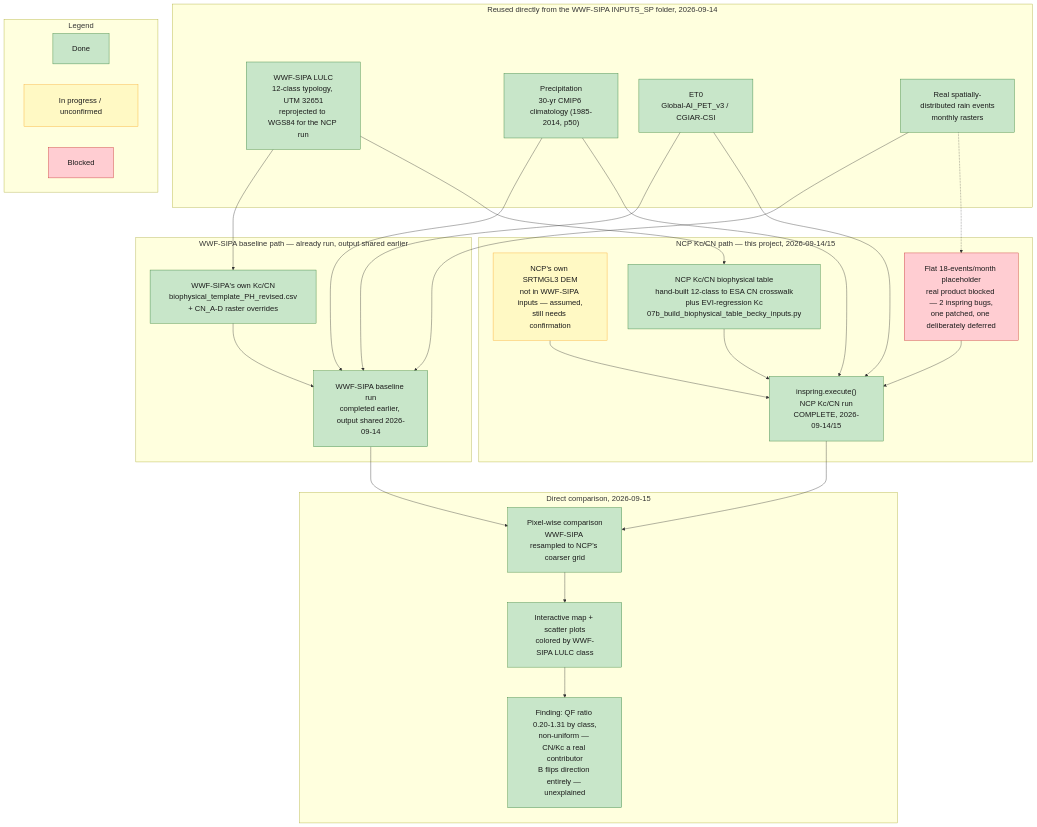
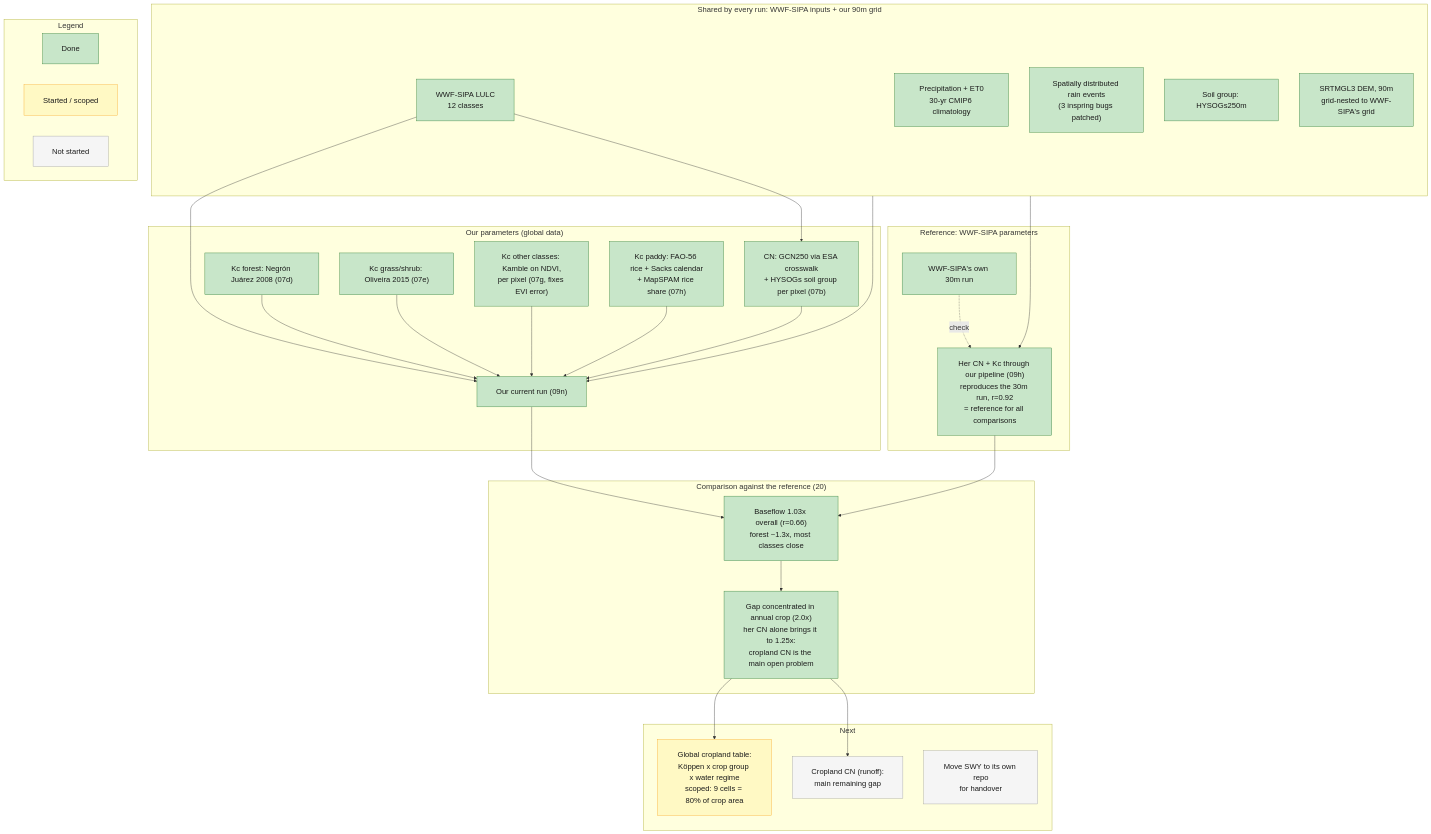
One commit to springinnovate/global_NCP changed the diagram in docs/swy/workflow_philippines_diagram.qmd. Above: the diagram before and after it, drawn with Mermaid. The commit also changed other lines of this file and 62 other files, not shown here.

First line of the commit message:
SWY Philippines: per-pixel Kc, CN/Kc comparison against a 90m reference, global cropland scoping

````diff
--- a/docs/swy/workflow_philippines_diagram.qmd
+++ b/docs/swy/workflow_philippines_diagram.qmd
@@ -23,58 +19,66 @@
 ```{mermaid}
 %%| label: fig-workflow-philippines
-%%| fig-cap: "Philippines Kc/CN comparison: WWF-SIPA baseline vs. NCP Kc/CN run, both paths side by side."
+%%| fig-cap: "Philippines Kc/CN comparison, status 2026-09-25: shared inputs, the reference run, our parameter chain, the result, and next steps."
 %%| fig-width: 13
 %%{init: {'themeVariables': {'fontSize': '20px'}, 'flowchart': {'rankSpacing': 80, 'nodeSpacing': 55, 'padding': 25}}}%%
 flowchart TD
-    subgraph SHARED["Reused directly from the WWF-SIPA INPUTS_SP folder, 2026-09-14"]
-        LULC["WWF-SIPA LULC<br/>12-class typology, UTM 32651<br/>reprojected to WGS84 for the NCP run"]:::done
-        PRECIP["Precipitation<br/>30-yr CMIP6 climatology (1985-2014, p50)"]:::done
-        ET0["ET0<br/>Global-AI_PET_v3 / CGIAR-CSI"]:::done
-        RAINEV["Real spatially-distributed rain events<br/>monthly rasters"]:::done
+    subgraph SHARED["Shared by every run: WWF-SIPA inputs + our 90m grid"]
+        LULC["WWF-SIPA LULC<br/>12 classes"]:::done
+        CLIM["Precipitation + ET0<br/>30-yr CMIP6 climatology"]:::done
+        RAINEV["Spatially distributed rain events<br/>(3 inspring bugs patched)"]:::done
+        SOIL["Soil group: HYSOGs250m"]:::done
+        DEM["SRTMGL3 DEM, 90m<br/>grid-nested to WWF-SIPA's grid"]:::done
     end
 
-    subgraph BASELINE["WWF-SIPA baseline path — already run, output shared earlier"]
-        BASECNKC["WWF-SIPA's own Kc/CN<br/>biophysical_template_PH_revised.csv<br/>+ CN_A-D raster overrides"]:::done
-        BASERUN["WWF-SIPA baseline run<br/>completed earlier, output shared 2026-09-14"]:::done
+    subgraph REF["Reference: WWF-SIPA parameters"]
+        HER30["WWF-SIPA's own 30m run"]:::done
+        REFRUN["Her CN + Kc through our pipeline (09h)<br/>reproduces the 30m run, r=0.92<br/>= reference for all comparisons"]:::done
     end
 
-    subgraph NCPPATH["NCP Kc/CN path — this project, 2026-09-14/15"]
-        DEM["NCP's own SRTMGL3 DEM<br/>not in WWF-SIPA inputs — assumed,<br/>still needs confirmation"]:::progress
-        CROSSWALK["NCP Kc/CN biophysical table<br/>hand-built 12-class to ESA CN crosswalk<br/>plus EVI-regression Kc<br/>07b_build_biophysical_table_becky_inputs.py"]:::done
-        PLACEHOLDER["Flat 18-events/month placeholder<br/>real product blocked — 2 inspring bugs,<br/>one patched, one deliberately deferred"]:::blocked
-        NCPRUN["inspring.execute()<br/>NCP Kc/CN run<br/>COMPLETE, 2026-09-14/15"]:::done
+    subgraph OURS["Our parameters (global data)"]
+        CN["CN: GCN250 via ESA crosswalk<br/>+ HYSOGs soil group per pixel (07b)"]:::done
+        KCF["Kc forest: Negrón Juárez 2008 (07d)"]:::done
+        KCG["Kc grass/shrub: Oliveira 2015 (07e)"]:::done
+        KCN["Kc other classes: Kamble on NDVI,<br/>per pixel (07g, fixes EVI error)"]:::done
+        KCP["Kc paddy: FAO-56 rice + Sacks calendar<br/>+ MapSPAM rice share (07h)"]:::done
+        OURRUN["Our current run (09n)"]:::done
     end
 
-    subgraph COMPARE["Direct comparison, 2026-09-15"]
-        PIXEL["Pixel-wise comparison<br/>WWF-SIPA resampled to NCP's coarser grid"]:::done
-        MAPS["Interactive map + scatter plots<br/>colored by WWF-SIPA LULC class"]:::done
-        FINDING["Finding: QF ratio 0.20-1.31 by class,<br/>non-uniform — CN/Kc a real contributor<br/>B flips direction entirely — unexplained"]:::done
+    subgraph RESULT["Comparison against the reference (20)"]
+        OVERALL["Baseflow 1.03x overall (r=0.66)<br/>forest ~1.3x, most classes close"]:::done
+        CROP["Gap concentrated in annual crop (2.0x)<br/>her CN alone brings it to 1.25x:<br/>cropland CN is the main open problem"]:::done
     end
 
-    LULC --> BASECNKC
-    LULC --> CROSSWALK
-    PRECIP --> BASERUN
-    PRECIP --> NCPRUN
-    ET0 --> BASERUN
-    ET0 --> NCPRUN
-    RAINEV --> BASERUN
-    RAINEV -.-> PLACEHOLDER
-    BASECNKC --> BASERUN
-    DEM --> NCPRUN
-    CROSSWALK --> NCPRUN
-    PLACEHOLDER --> NCPRUN
-    BASERUN --> PIXEL
-    NCPRUN --> PIXEL
-    PIXEL --> MAPS --> FINDING
+    subgraph NEXT["Next"]
+        CROPCN["Cropland CN (runoff):<br/>main remaining gap"]:::todo
+        TABLE["Global cropland table:<br/>Köppen x crop group x water regime<br/>scoped: 9 cells = 80% of crop area"]:::progress
+        REPO["Move SWY to its own repo<br/>for handover"]:::todo
+    end
+
+    LULC --> CN
+    LULC --> OURRUN
+    SHARED --> REFRUN
+    HER30 -.->|check| REFRUN
+    KCF --> OURRUN
+    KCG --> OURRUN
+    KCN --> OURRUN
+    KCP --> OURRUN
+    CN --> OURRUN
+    SHARED --> OURRUN
+    REFRUN --> OVERALL
+    OURRUN --> OVERALL
+    OVERALL --> CROP
+    CROP --> CROPCN
+    CROP --> TABLE
 
     subgraph LEGEND["Legend"]
         direction LR
         LDONE["Done"]:::done
-        LPROG["In progress / unconfirmed"]:::progress
-        LBLOCK["Blocked"]:::blocked
+        LPROG["Started / scoped"]:::progress
+        LTODO["Not started"]:::todo
     end
 
     classDef done fill:#c8e6c9,stroke:#2e7d32,color:#1b1b1b
     classDef progress fill:#fff9c4,stroke:#f9a825,color:#1b1b1b
-    classDef blocked fill:#ffcdd2,stroke:#c62828,color:#1b1b1b
+    classDef todo fill:#f5f5f5,stroke:#9e9e9e,color:#1b1b1b
 ```
````
